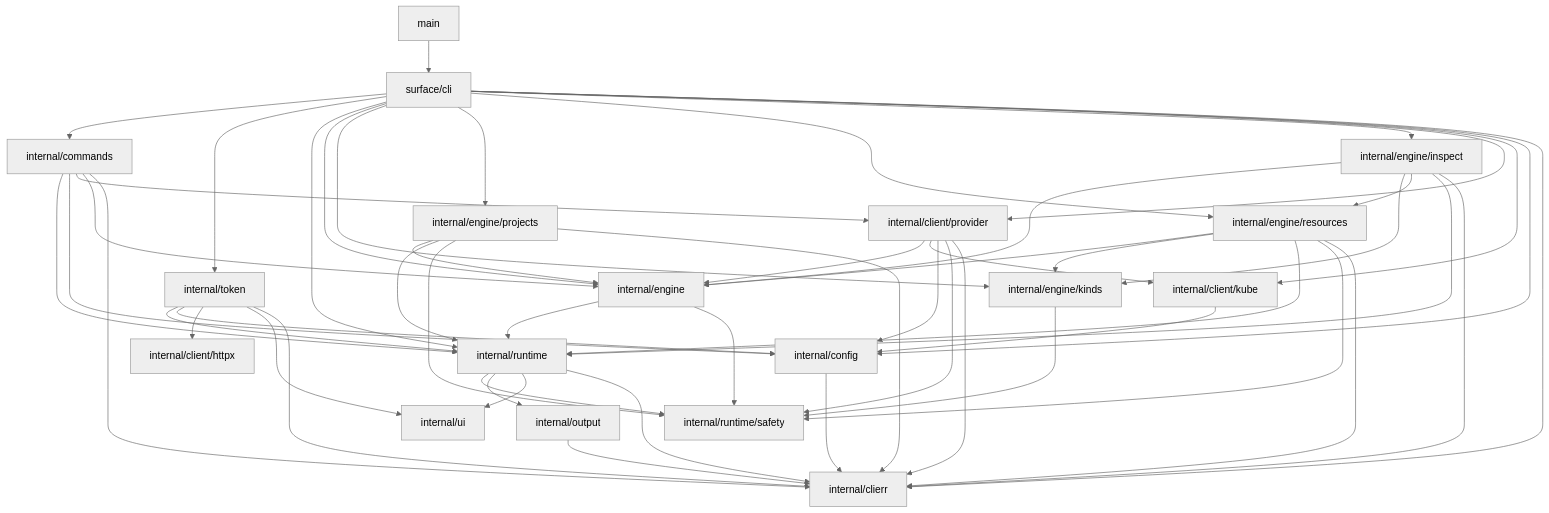
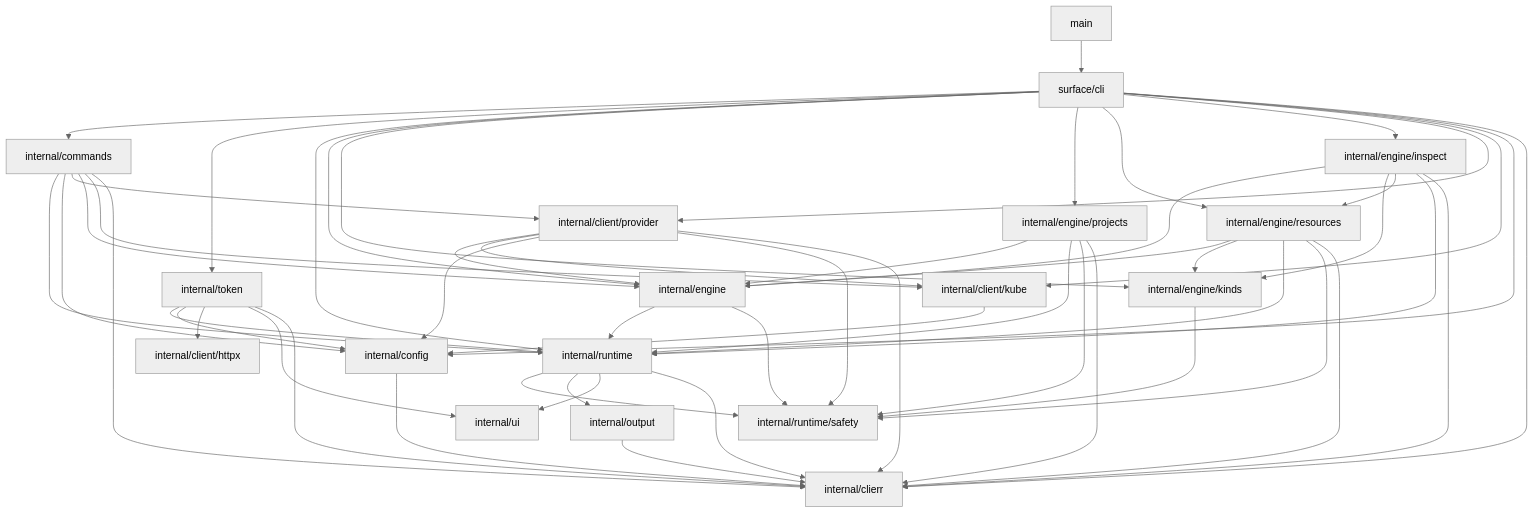
Before and after one commit to rancher/rancher-cli: the diagram in ARCHITECTURE.md, drawn with Mermaid (neutral theme). The commit also changed 9 other files, not shown here.

```diff
--- a/ARCHITECTURE.md
+++ b/ARCHITECTURE.md
@@ -104,6 +104,7 @@
     commands --> config
     commands --> provider
     commands --> engine
+    commands --> kube
     commands --> clierr
 
     token --> runtime
```
